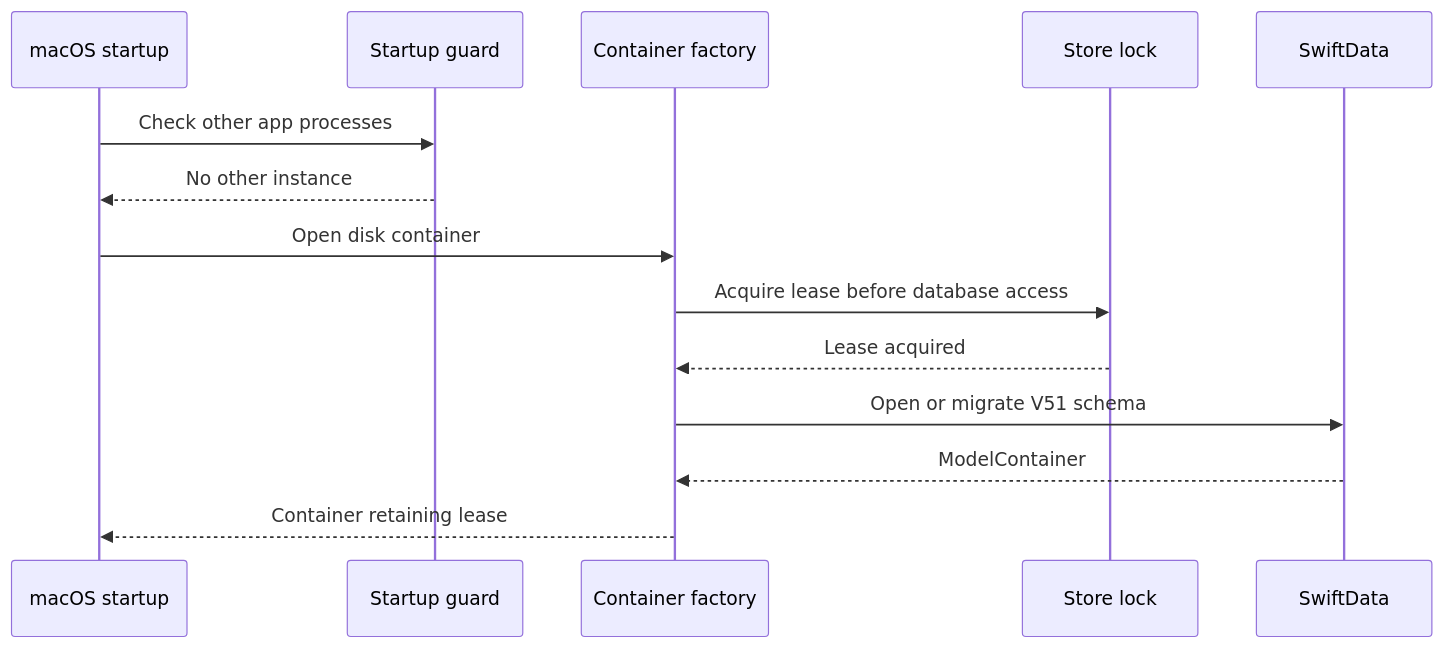
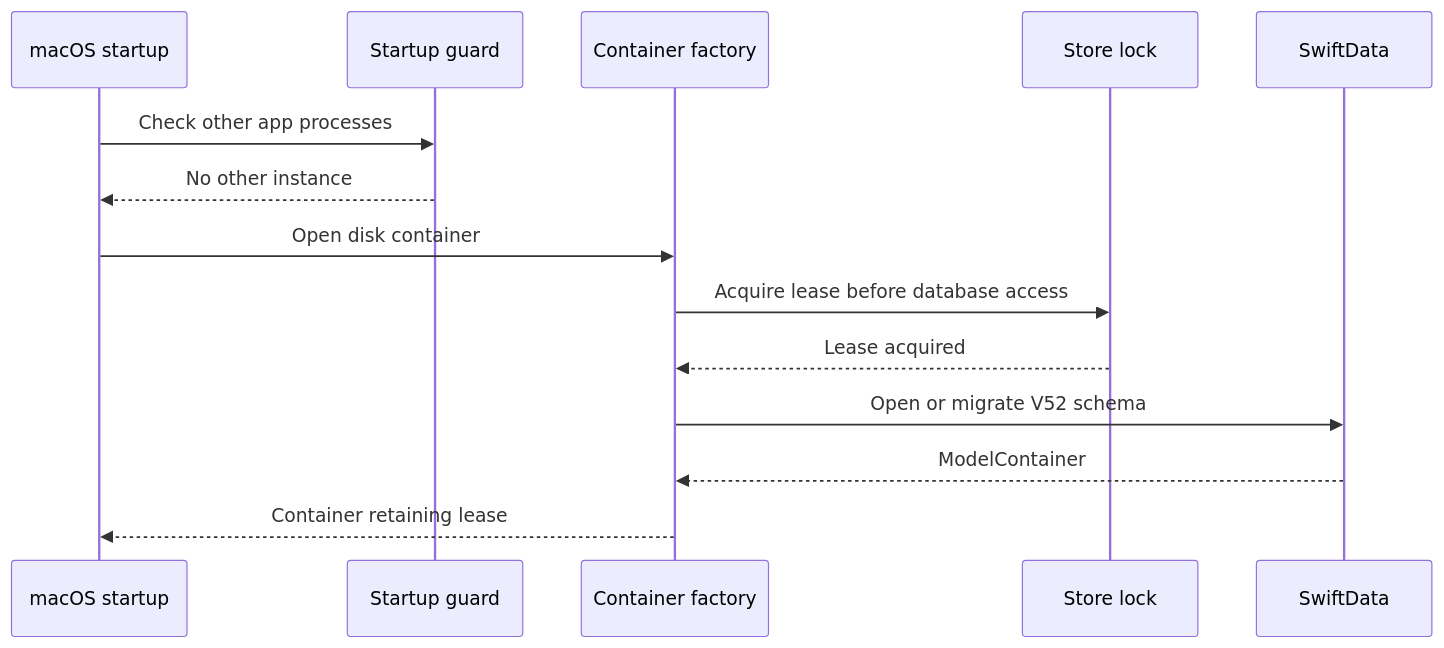
Before and after one commit to AkinoKaede/Termind: the second of 5 diagrams in openwiki/testing/behavioral-boundaries-and-fixtures.md, drawn with Mermaid. The commit also changed other lines of this file and 71 other files, not shown here.

````diff
--- a/openwiki/testing/behavioral-boundaries-and-fixtures.md
+++ b/openwiki/testing/behavioral-boundaries-and-fixtures.md
@@ -207,16 +213,16 @@
 ```mermaid
 sequenceDiagram
     participant App as macOS startup
     participant Guard as Startup guard
     participant Factory as Container factory
     participant Lock as Store lock
     participant DB as SwiftData
     App->>Guard: Check other app processes
     Guard-->>App: No other instance
     App->>Factory: Open disk container
     Factory->>Lock: Acquire lease before database access
     Lock-->>Factory: Lease acquired
-    Factory->>DB: Open or migrate V51 schema
+    Factory->>DB: Open or migrate V52 schema
     DB-->>Factory: ModelContainer
     Factory-->>App: Container retaining lease
 ```
````
